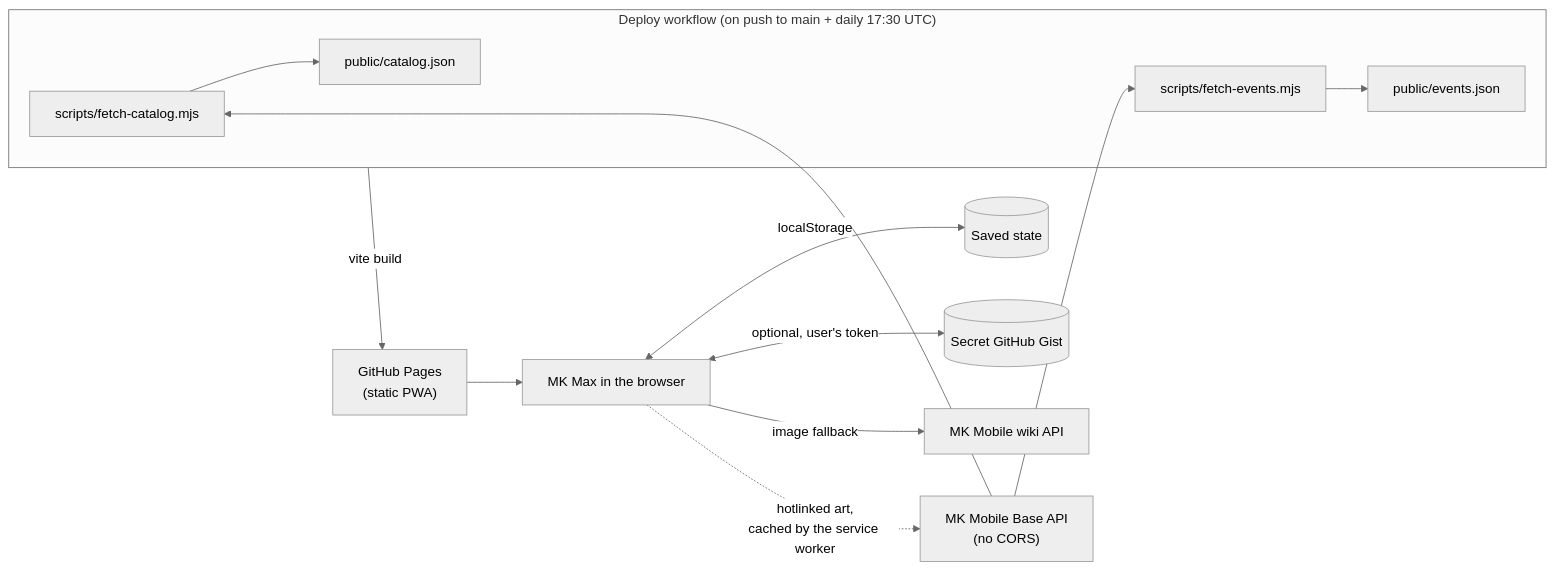
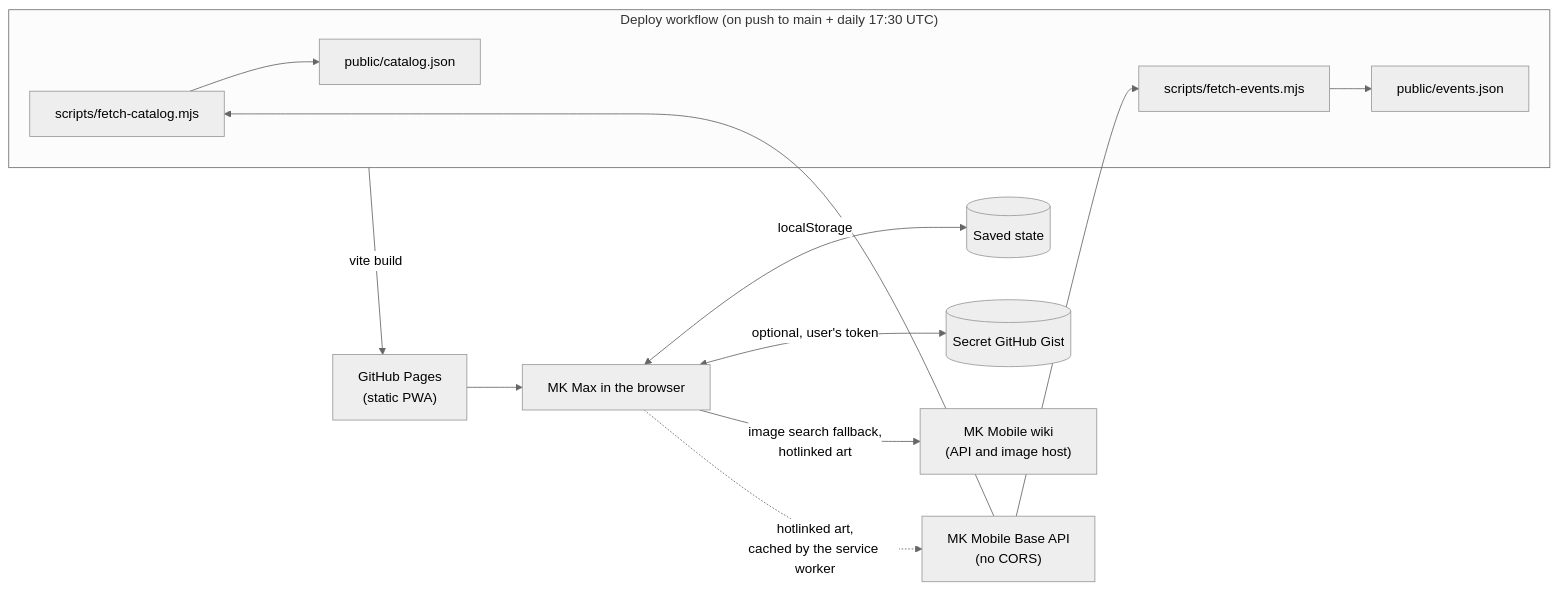
One commit to Simba3696/mkmax changed the first of 3 diagrams in docs/architecture.md. Above: the diagram before and after it, drawn with Mermaid (neutral theme). The commit also changed other lines of this file and 3 other files, not shown here.

Commit message:
docs: limit the screenshot retake to changes that can change a screen, and name every art host in the architecture

````diff
--- a/docs/architecture.md
+++ b/docs/architecture.md
@@ -9,14 +9,14 @@
 ```mermaid
 flowchart LR
   subgraph CI["Deploy workflow (on push to main + daily 17:30 UTC)"]
     F1["scripts/fetch-catalog.mjs"] --> C["public/catalog.json"]
     F2["scripts/fetch-events.mjs"] --> E["public/events.json"]
   end
   MKB["MK Mobile Base API<br/>(no CORS)"] --> F1 & F2
   CI -->|"vite build"| GP["GitHub Pages<br/>(static PWA)"]
   GP --> App["MK Max in the browser"]
   App <-->|"localStorage"| LS[("Saved state")]
   App <-->|"optional, user's token"| Gist[("Secret GitHub Gist")]
-  App -->|"image fallback"| Wiki["MK Mobile wiki API"]
+  App -->|"image search fallback,<br/>hotlinked art"| Wiki["MK Mobile wiki<br/>(API and image host)"]
   App -.->|"hotlinked art,<br/>cached by the service worker"| MKB
 ```
````
